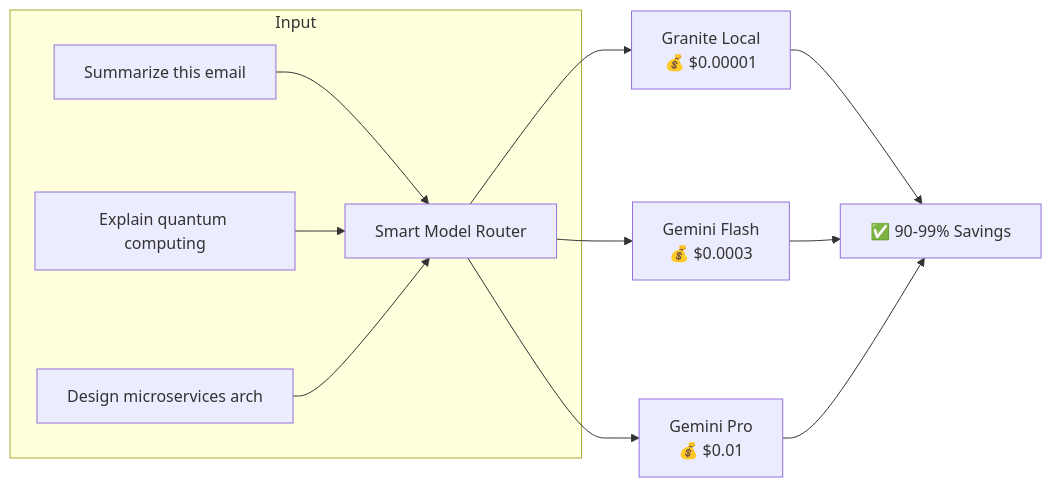
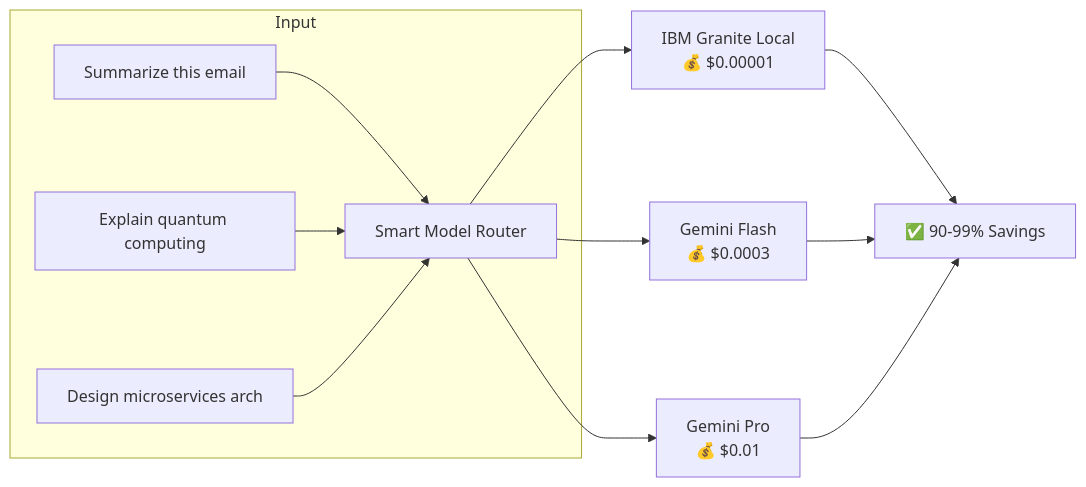
One commit to Asirwad/smart-llm-router changed the first of 2 diagrams in README.md. Above: the diagram before and after it, drawn with Mermaid. The commit also changed other lines of this file, not shown here.

````diff
--- a/README.md
+++ b/README.md
@@ -44,16 +44,16 @@
 ```mermaid
 flowchart LR
     subgraph Input
         A["Summarize this email"] --> R
         B["Explain quantum computing"] --> R
         C["Design microservices arch"] --> R
     end
     
-    R[Smart Model Router] --> D["Granite Local<br/>💰 $0.00001"]
+    R[Smart Model Router] --> D["IBM Granite Local<br/>💰 $0.00001"]
     R --> E["Gemini Flash<br/>💰 $0.0003"]
     R --> F["Gemini Pro<br/>💰 $0.01"]
     
     D --> S["✅ 90-99% Savings"]
     E --> S
     F --> S
 ```
````
